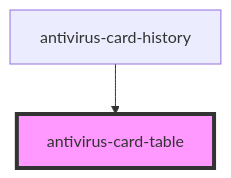
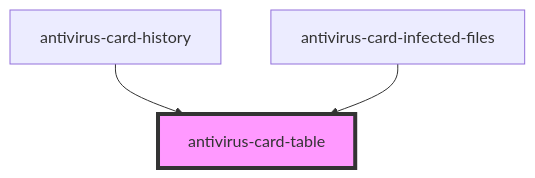
One commit to ispsystem/plugin-imunify changed the diagram in packages/antivirus-card/src/components/table/readme.md. Above: the diagram before and after it, drawn with Mermaid. The commit also changed other lines of this file and 9 other files, not shown here.

````diff
--- a/packages/antivirus-card/src/components/table/readme.md
+++ b/packages/antivirus-card/src/components/table/readme.md
@@ -15,5 +16,6 @@
 ```mermaid
 graph TD;
   antivirus-card-history --> antivirus-card-table
+  antivirus-card-infected-files --> antivirus-card-table
   style antivirus-card-table fill:#f9f,stroke:#333,stroke-width:4px
 ```
````
